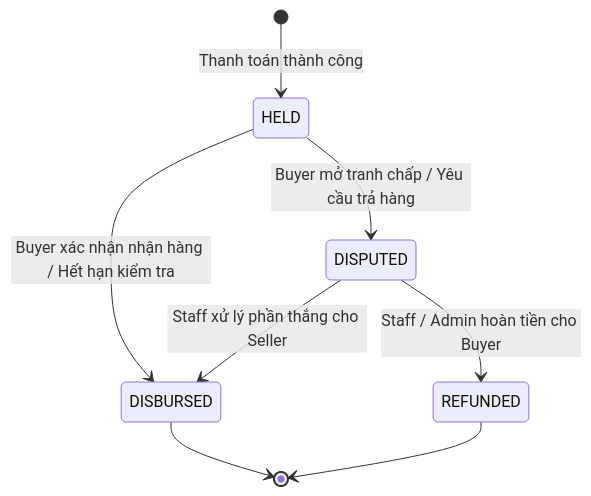
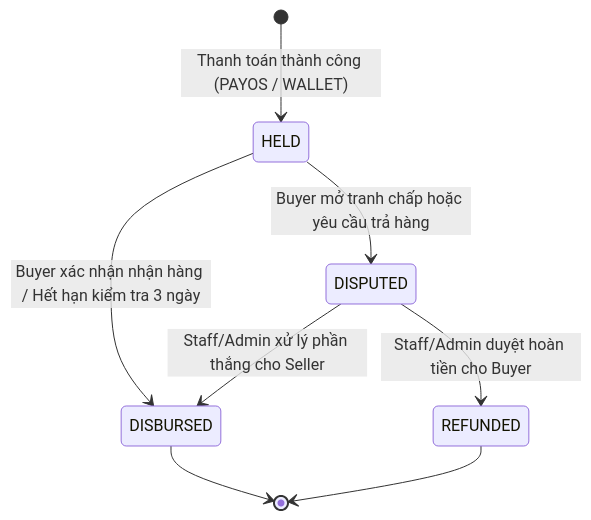
Before and after one commit to MinhPhuc00ne/project-nexus: the first of 3 diagrams in docs-site/docs/architecture/state-machines.md, drawn with Mermaid. The commit also changed other lines of this file and 36 other files, not shown here.

Commit message:
docs(docs-site): overhaul bilingual architecture, modules, and ops guides

````diff
--- a/docs-site/docs/architecture/state-machines.md
+++ b/docs-site/docs/architecture/state-machines.md
@@ -9,10 +11,10 @@
 ```mermaid
 stateDiagram-v2
-    [*] --> HELD : Thanh toán thành công
-    HELD --> DISBURSED : Buyer xác nhận nhận hàng / Hết hạn kiểm tra
-    HELD --> DISPUTED : Buyer mở tranh chấp / Yêu cầu trả hàng
-    DISPUTED --> DISBURSED : Staff xử lý phần thắng cho Seller
-    DISPUTED --> REFUNDED : Staff / Admin hoàn tiền cho Buyer
+    [*] --> HELD : Thanh toán thành công (PAYOS / WALLET)
+    HELD --> DISBURSED : Buyer xác nhận nhận hàng / Hết hạn kiểm tra 3 ngày
+    HELD --> DISPUTED : Buyer mở tranh chấp hoặc yêu cầu trả hàng
+    DISPUTED --> DISBURSED : Staff/Admin xử lý phần thắng cho Seller
+    DISPUTED --> REFUNDED : Staff/Admin duyệt hoàn tiền cho Buyer
     DISBURSED --> [*]
     REFUNDED --> [*]
 ```
````
